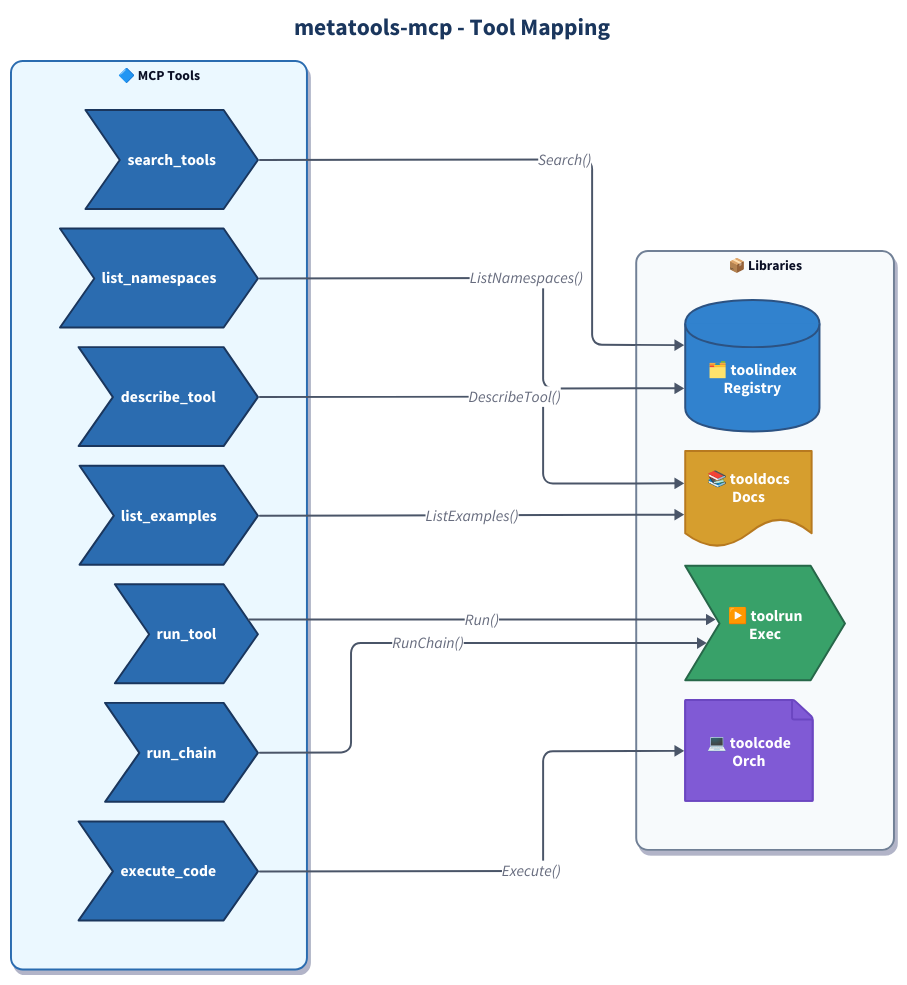
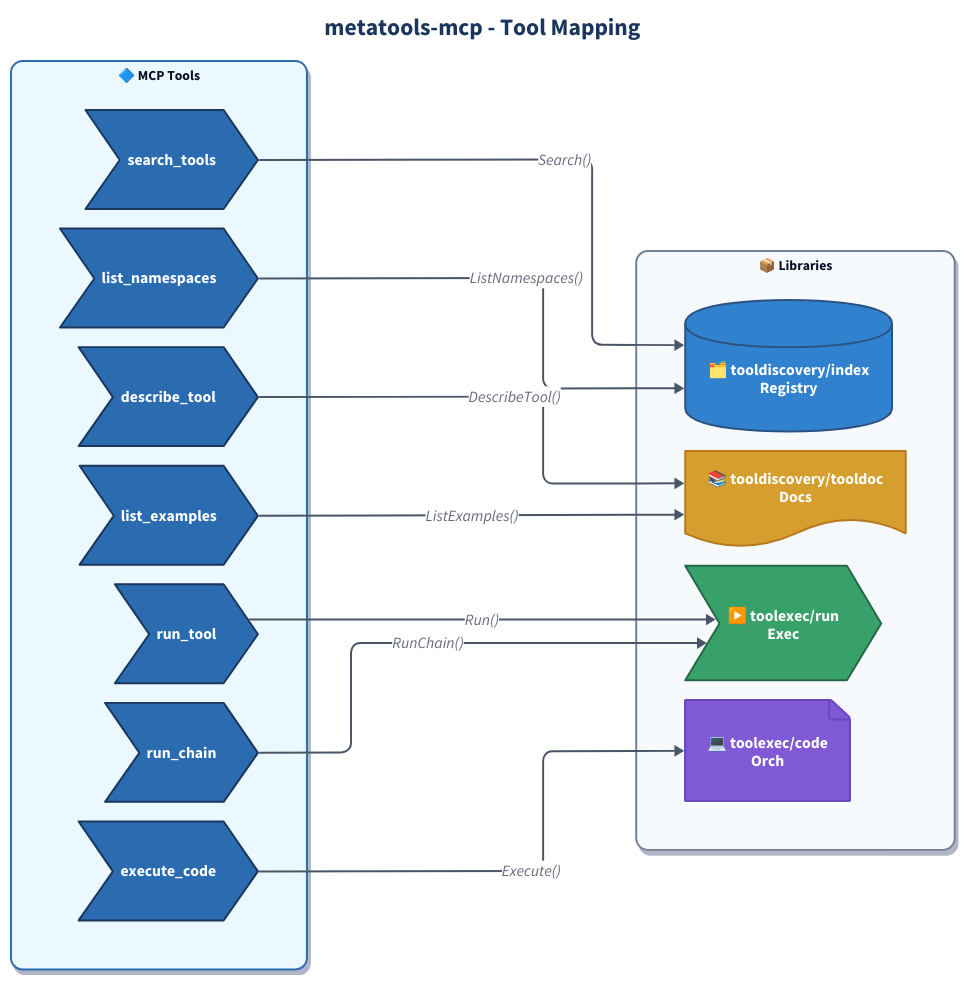
One commit to jonwraymond/metatools-mcp changed the diagram in docs/diagrams/mcp-tool-mapping.d2. Above: the diagram before and after it, drawn with D2. The commit also changed 34 other files, not shown here.

Commit message:
docs(metatools-mcp): close PRD gaps and refresh diagrams

```diff
--- a/docs/diagrams/mcp-tool-mapping.d2
+++ b/docs/diagrams/mcp-tool-mapping.d2
@@ -1,174 +1,174 @@
 # metatools-mcp Tool Mapping
 # MCP tools to library delegation
 
 direction: right
 
 vars: {
   d2-config: {
     layout-engine: elk
     theme-id: 0
   }
   surface-fill: "#2b6cb0"
   discovery-fill: "#3182ce"
   docs-fill: "#d69e2e"
   execution-fill: "#38a169"
   orchestration-fill: "#805ad5"
 }
 
 classes: {
   container: {
     style: {
       border-radius: 12
       shadow: true
       font-size: 14
       bold: true
     }
   }
   surface-tool: {
     style: {
       fill: ${surface-fill}
       stroke: "#1a365d"
       stroke-width: 2
       font-color: "#fff"
     }
   }
   discovery-lib: {
     style: {
       fill: ${discovery-fill}
       stroke: "#2c5282"
       stroke-width: 2
       font-color: "#fff"
     }
   }
   docs-lib: {
     style: {
       fill: ${docs-fill}
       stroke: "#b7791f"
       stroke-width: 2
       font-color: "#fff"
     }
   }
   execution-lib: {
     style: {
       fill: ${execution-fill}
       stroke: "#276749"
       stroke-width: 2
       font-color: "#fff"
     }
   }
   orchestration-lib: {
     style: {
       fill: ${orchestration-fill}
       stroke: "#6b46c1"
       stroke-width: 2
       font-color: "#fff"
     }
   }
   data-flow: {
     style: {
       stroke: "#4a5568"
       stroke-width: 2
     }
   }
 }
 
 # Title
 title: "metatools-mcp - Tool Mapping" {
   shape: text
   near: top-center
   style: {
     font-size: 24
     bold: true
     font-color: "#1a365d"
   }
 }
 
 # MCP Tool Surface
 surface: "🔷 MCP Tools" {
   class: container
   style: {
     fill: "#ebf8ff"
     stroke: ${surface-fill}
   }
 
   search_tools: "search_tools" {
     shape: step
     class: surface-tool
   }
   list_namespaces: "list_namespaces" {
     shape: step
     class: surface-tool
   }
   describe_tool: "describe_tool" {
     shape: step
     class: surface-tool
   }
   list_tool_examples: "list_examples" {
     shape: step
     class: surface-tool
   }
   run_tool: "run_tool" {
     shape: step
     class: surface-tool
   }
   run_chain: "run_chain" {
     shape: step
     class: surface-tool
   }
   execute_code: "execute_code" {
     shape: step
     class: surface-tool
   }
 }
 
 # Library Wiring
 libs: "📦 Libraries" {
   class: container
   style: {
     fill: "#f7fafc"
     stroke: "#718096"
   }
 
-  toolindex: "🗂️ toolindex\nRegistry" {
+  toolindex: "🗂️ tooldiscovery/index\nRegistry" {
     shape: cylinder
     class: discovery-lib
   }
-  tooldocs: "📚 tooldocs\nDocs" {
+  tooldocs: "📚 tooldiscovery/tooldoc\nDocs" {
     shape: document
     class: docs-lib
   }
-  toolrun: "▶️ toolrun\nExec" {
+  toolrun: "▶️ toolexec/run\nExec" {
     shape: step
     class: execution-lib
   }
-  toolcode: "💻 toolcode\nOrch" {
+  toolcode: "💻 toolexec/code\nOrch" {
     shape: page
     class: orchestration-lib
   }
 }
 
 # Mappings
 surface.search_tools -> libs.toolindex: "Search()" {
   class: data-flow
 }
 surface.list_namespaces -> libs.toolindex: "ListNamespaces()" {
   class: data-flow
 }
 
 surface.describe_tool -> libs.tooldocs: "DescribeTool()" {
   class: data-flow
 }
 surface.list_tool_examples -> libs.tooldocs: "ListExamples()" {
   class: data-flow
 }
 
 surface.run_tool -> libs.toolrun: "Run()" {
   class: data-flow
 }
 surface.run_chain -> libs.toolrun: "RunChain()" {
   class: data-flow
 }
 
 surface.execute_code -> libs.toolcode: "Execute()" {
   class: data-flow
 }
```
